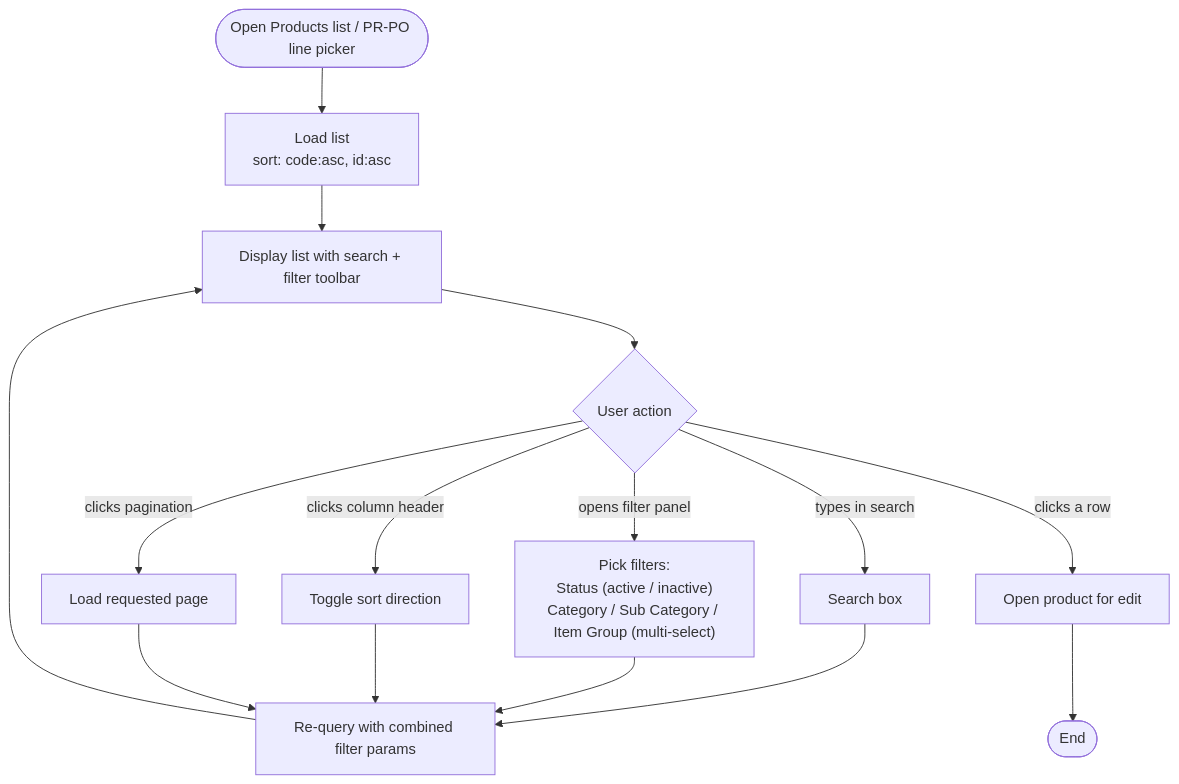
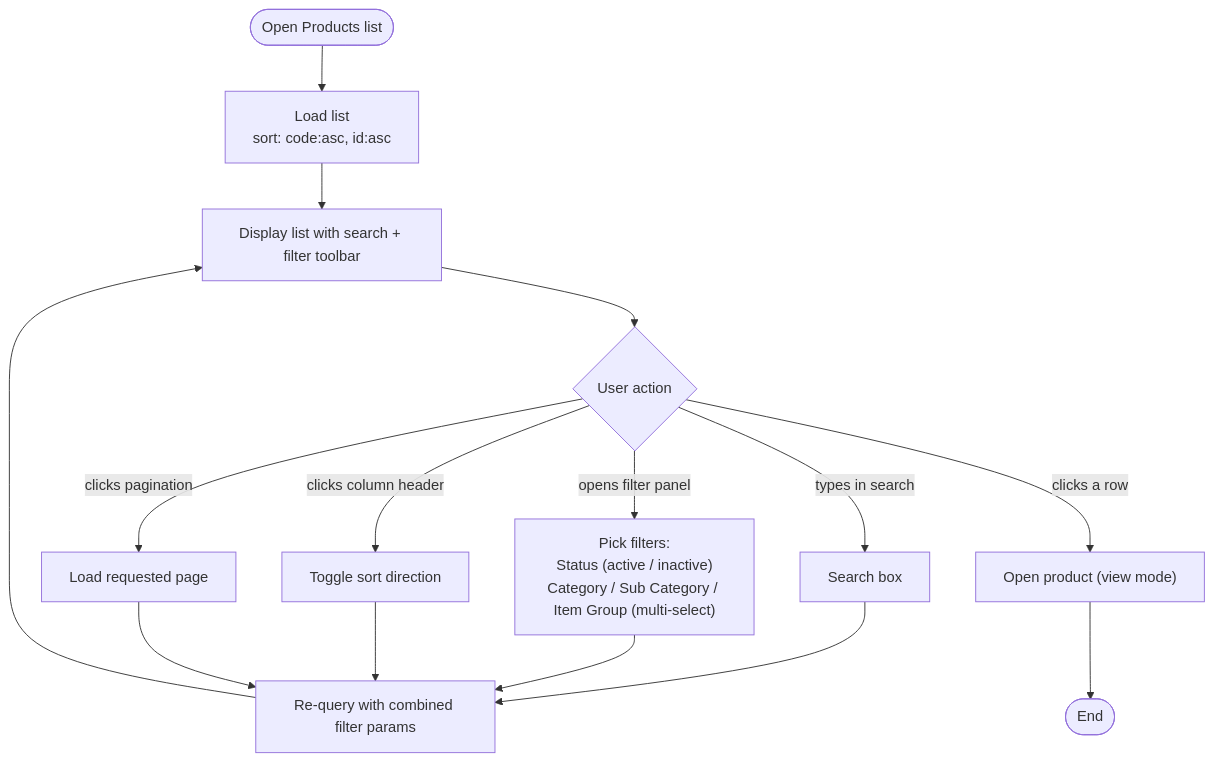
One commit to CarmenSoftware-organization/carmen-wiki changed the diagram in en/inventory/product/03-user-flow-purchaser.md. Above: the diagram before and after it, drawn with Mermaid. The commit also changed other lines of this file and 20 other files, not shown here.

Commit message:
fix(product,master-data,recipe): correct 13 diagrams against code, drop disabled-export diagram (review round 1)

````diff
--- a/en/inventory/product/03-user-flow-purchaser.md
+++ b/en/inventory/product/03-user-flow-purchaser.md
@@ -39,23 +39,23 @@
 ```mermaid
 flowchart TD
-    Start(["Open Products list / PR-PO line picker"]) --> LoadInitial["Load list<br/>sort: code:asc, id:asc"]
+    Start(["Open Products list"]) --> LoadInitial["Load list<br/>sort: code:asc, id:asc"]
     LoadInitial --> DisplayList["Display list with search + filter toolbar"]
     DisplayList --> UserAction{"User action"}
 
     UserAction -->|"types in search"| Search["Search box"]
     Search --> Query["Re-query with combined filter params"]
 
     UserAction -->|"opens filter panel"| Filters["Pick filters:<br/>Status (active / inactive)<br/>Category / Sub Category / Item Group (multi-select)"]
     Filters --> Query
 
     UserAction -->|"clicks column header"| Sort["Toggle sort direction"]
     Sort --> Query
 
     UserAction -->|"clicks pagination"| Page["Load requested page"]
     Page --> Query
 
     Query --> DisplayList
 
-    UserAction -->|"clicks a row"| Edit["Open product for edit"]
-    Edit --> End(["End"])
+    UserAction -->|"clicks a row"| View["Open product (view mode)"]
+    View --> End(["End"])
 ```
````
